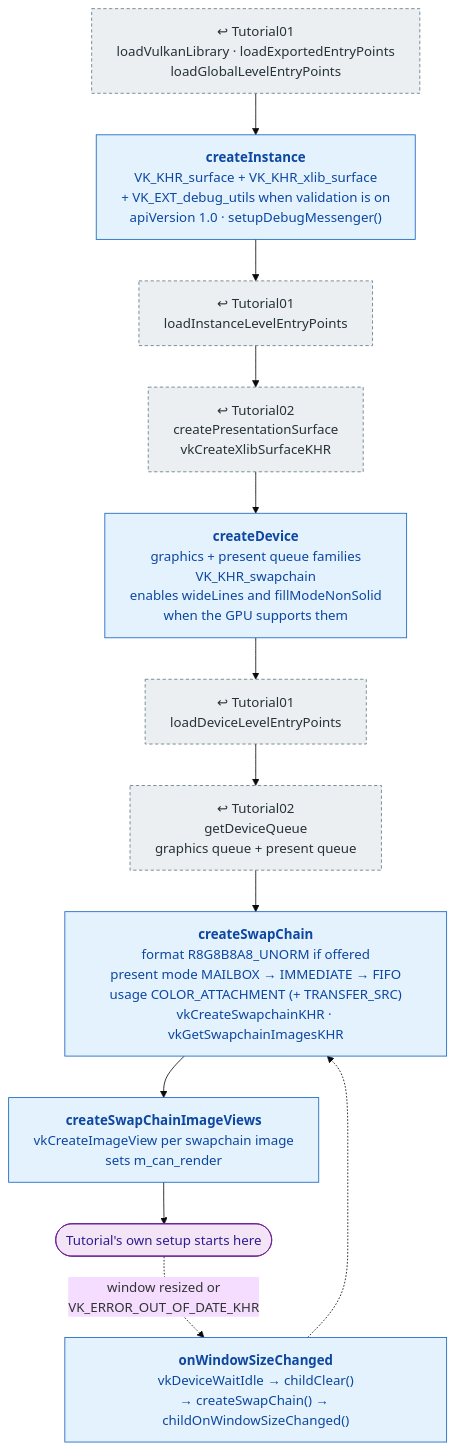
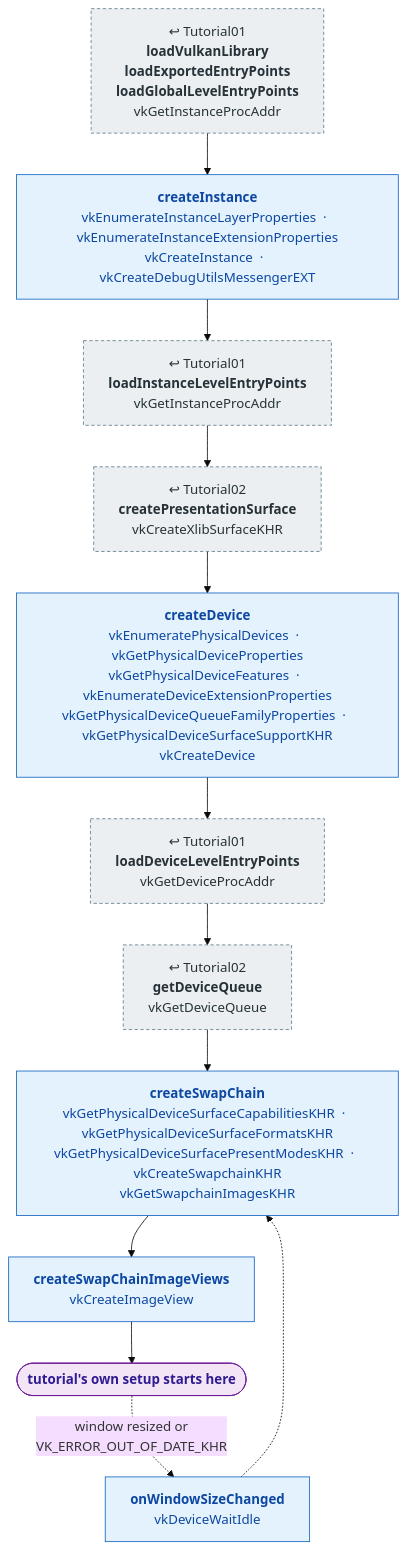
The diagram in docs/pipeline/tutorialbase.md (mehoggan/vulkan_graphix), drawn with Mermaid (base theme) before and after one commit. The commit also changed other lines of this file and 24 other files, not shown here.

````diff
--- a/docs/pipeline/tutorialbase.md
+++ b/docs/pipeline/tutorialbase.md
@@ -11,24 +11,24 @@
 ```mermaid
 %%{init: {"flowchart": {"wrappingWidth": 400}}}%%
 flowchart TD
     classDef reused fill:#eceff1,stroke:#607d8b,stroke-dasharray:4 3,color:#263238
     classDef shared fill:#e3f2fd,stroke:#1565c0,color:#0d47a1
     classDef frame fill:#f3e5f5,stroke:#6a1b9a,color:#311b92
 
-    LIB["↩ Tutorial01<br/>loadVulkanLibrary · loadExportedEntryPoints<br/>loadGlobalLevelEntryPoints"]:::reused
-    INST["<b>createInstance</b><br/>VK_KHR_surface + VK_KHR_xlib_surface<br/>+ VK_EXT_debug_utils when validation is on<br/>apiVersion 1.0 · setupDebugMessenger()"]:::shared
-    ILEP["↩ Tutorial01<br/>loadInstanceLevelEntryPoints"]:::reused
-    SURF["↩ Tutorial02<br/>createPresentationSurface<br/>vkCreateXlibSurfaceKHR"]:::reused
-    DEV["<b>createDevice</b><br/>graphics + present queue families<br/>VK_KHR_swapchain<br/>enables wideLines and fillModeNonSolid<br/>when the GPU supports them"]:::shared
-    DLEP["↩ Tutorial01<br/>loadDeviceLevelEntryPoints"]:::reused
-    Q["↩ Tutorial02<br/>getDeviceQueue<br/>graphics queue + present queue"]:::reused
-    SC["<b>createSwapChain</b><br/>format R8G8B8A8_UNORM if offered<br/>present mode MAILBOX → IMMEDIATE → FIFO<br/>usage COLOR_ATTACHMENT (+ TRANSFER_SRC)<br/>vkCreateSwapchainKHR · vkGetSwapchainImagesKHR"]:::shared
-    IV["<b>createSwapChainImageViews</b><br/>vkCreateImageView per swapchain image<br/>sets m_can_render"]:::shared
-    DONE(["Tutorial's own setup starts here"]):::frame
+    LIB["↩ Tutorial01<br/><b>loadVulkanLibrary</b><br/><b>loadExportedEntryPoints</b><br/><b>loadGlobalLevelEntryPoints</b><br/>vkGetInstanceProcAddr"]:::reused
+    INST["<b>createInstance</b><br/>vkEnumerateInstanceLayerProperties  ·  vkEnumerateInstanceExtensionProperties<br/>vkCreateInstance  ·  vkCreateDebugUtilsMessengerEXT"]:::shared
+    ILEP["↩ Tutorial01<br/><b>loadInstanceLevelEntryPoints</b><br/>vkGetInstanceProcAddr"]:::reused
+    SURF["↩ Tutorial02<br/><b>createPresentationSurface</b><br/>vkCreateXlibSurfaceKHR"]:::reused
+    DEV["<b>createDevice</b><br/>vkEnumeratePhysicalDevices  ·  vkGetPhysicalDeviceProperties<br/>vkGetPhysicalDeviceFeatures  ·  vkEnumerateDeviceExtensionProperties<br/>vkGetPhysicalDeviceQueueFamilyProperties  ·  vkGetPhysicalDeviceSurfaceSupportKHR<br/>vkCreateDevice"]:::shared
+    DLEP["↩ Tutorial01<br/><b>loadDeviceLevelEntryPoints</b><br/>vkGetDeviceProcAddr"]:::reused
+    Q["↩ Tutorial02<br/><b>getDeviceQueue</b><br/>vkGetDeviceQueue"]:::reused
+    SC["<b>createSwapChain</b><br/>vkGetPhysicalDeviceSurfaceCapabilitiesKHR  ·  vkGetPhysicalDeviceSurfaceFormatsKHR<br/>vkGetPhysicalDeviceSurfacePresentModesKHR  ·  vkCreateSwapchainKHR<br/>vkGetSwapchainImagesKHR"]:::shared
+    IV["<b>createSwapChainImageViews</b><br/>vkCreateImageView"]:::shared
+    DONE(["<b>tutorial's own setup starts here</b>"]):::frame
 
     LIB --> INST --> ILEP --> SURF --> DEV --> DLEP --> Q --> SC --> IV --> DONE
 
-    RESIZE["<b>onWindowSizeChanged</b><br/>vkDeviceWaitIdle → childClear()<br/>→ createSwapChain() → childOnWindowSizeChanged()"]:::shared
+    RESIZE["<b>onWindowSizeChanged</b><br/>vkDeviceWaitIdle"]:::shared
     DONE -. "window resized or<br/>VK_ERROR_OUT_OF_DATE_KHR" .-> RESIZE
     RESIZE -.-> SC
 ```
````
